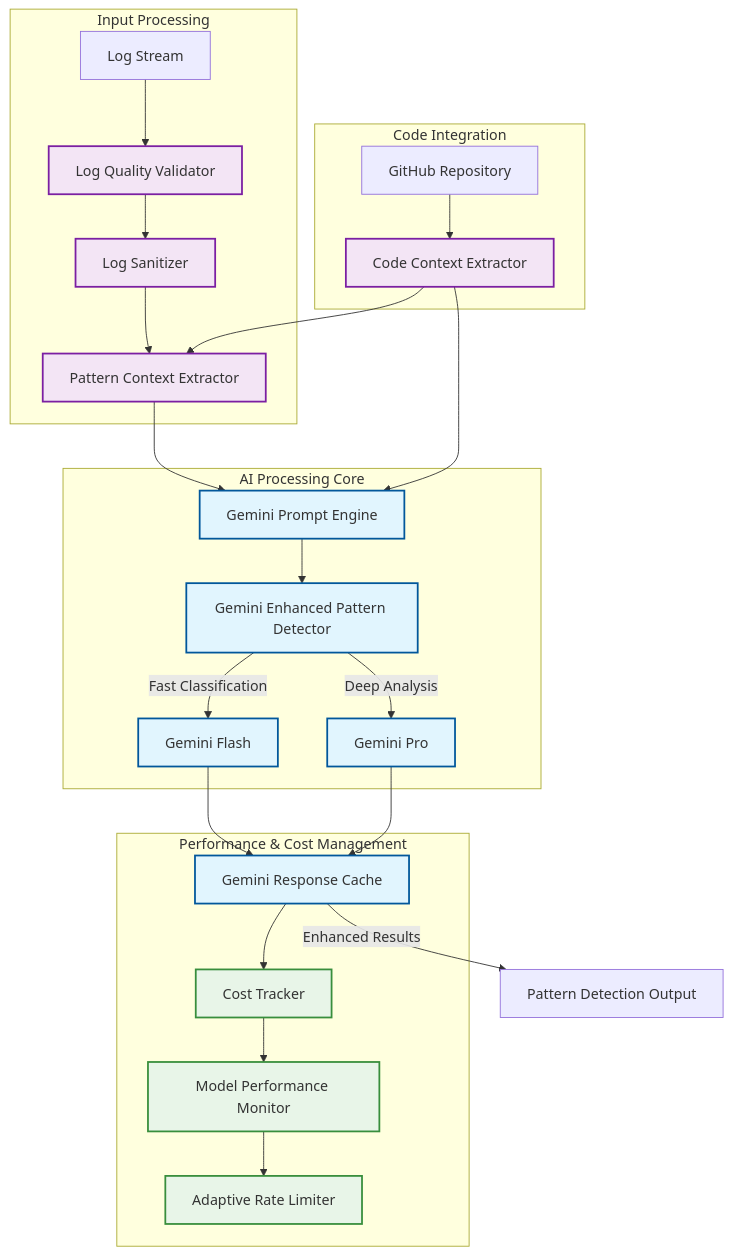
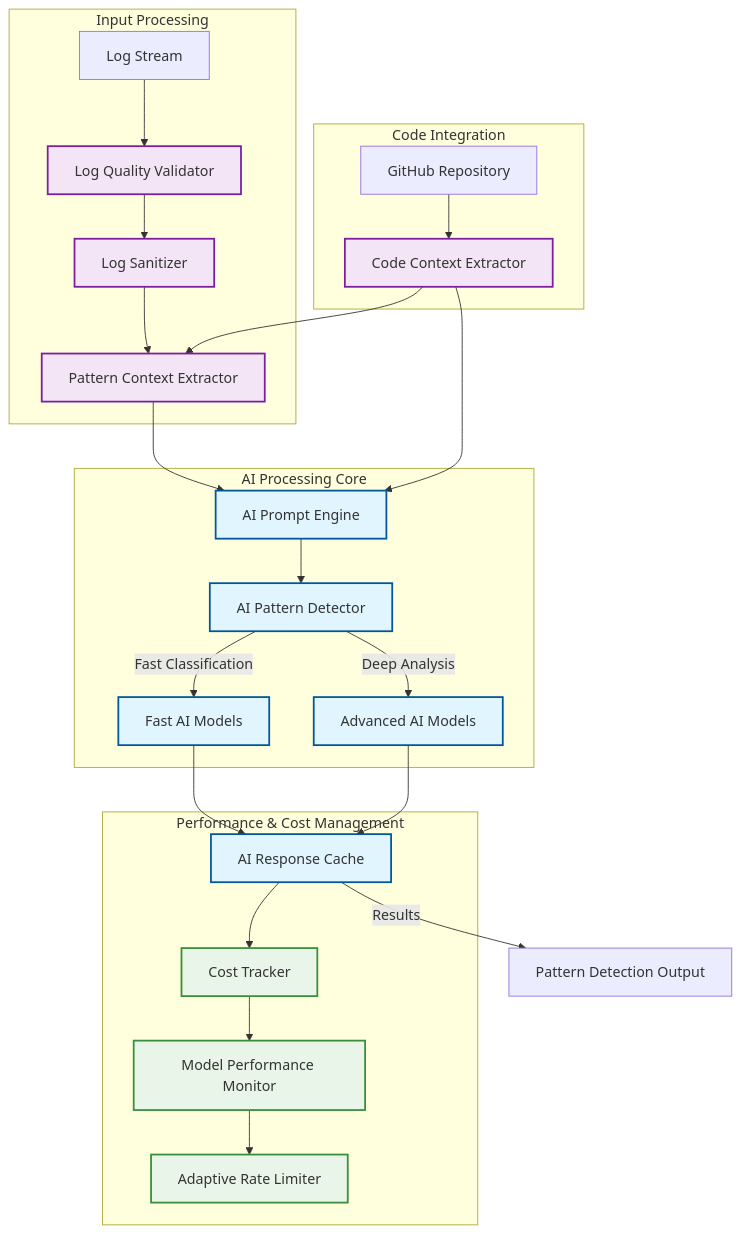
The diagram in docs/ML_PATTERN_REFINEMENT.md (avivl/cloud-sre-agent), drawn with Mermaid before and after one commit. The commit also changed other lines of this file and 28 other files, not shown here.

````diff
--- a/docs/ML_PATTERN_REFINEMENT.md
+++ b/docs/ML_PATTERN_REFINEMENT.md
@@ -16,39 +16,39 @@
 ```mermaid
 graph TB
     subgraph "Input Processing"
         LS[Log Stream] --> LQV[Log Quality Validator]
         LQV --> LSan[Log Sanitizer]
         LSan --> PCE[Pattern Context Extractor]
     end
     
     subgraph "AI Processing Core"
-        PCE --> GPE[Gemini Prompt Engine]
-        GPE --> GEPD[Gemini Enhanced Pattern Detector]
-        GEPD --> |Fast Classification| GF[Gemini Flash]
-        GEPD --> |Deep Analysis| GP[Gemini Pro]
+        PCE --> GPE[AI Prompt Engine]
+        GPE --> GEPD[AI Pattern Detector]
+        GEPD --> |Fast Classification| GF[Fast AI Models]
+        GEPD --> |Deep Analysis| GP[Advanced AI Models]
     end
     
     subgraph "Code Integration"
         GH[GitHub Repository] --> CCE[Code Context Extractor]
         CCE --> PCE
         CCE --> GPE
     end
     
     subgraph "Performance & Cost Management"
-        GF --> GRC[Gemini Response Cache]
+        GF --> GRC[AI Response Cache]
         GP --> GRC
         GRC --> CT[Cost Tracker]
         CT --> MPM[Model Performance Monitor]
         MPM --> ARL[Adaptive Rate Limiter]
     end
     
-    GRC --> |Enhanced Results| OUT[Pattern Detection Output]
+    GRC --> |Results| OUT[Pattern Detection Output]
     
     classDef aiComponent fill:#e1f5fe,stroke:#01579b,stroke-width:2px
     classDef qualityComponent fill:#f3e5f5,stroke:#7b1fa2,stroke-width:2px
     classDef performanceComponent fill:#e8f5e8,stroke:#388e3c,stroke-width:2px
     
     class GPE,GEPD,GF,GP,GRC aiComponent
     class LQV,LSan,PCE,CCE qualityComponent
     class CT,MPM,ARL performanceComponent
 ```
````
